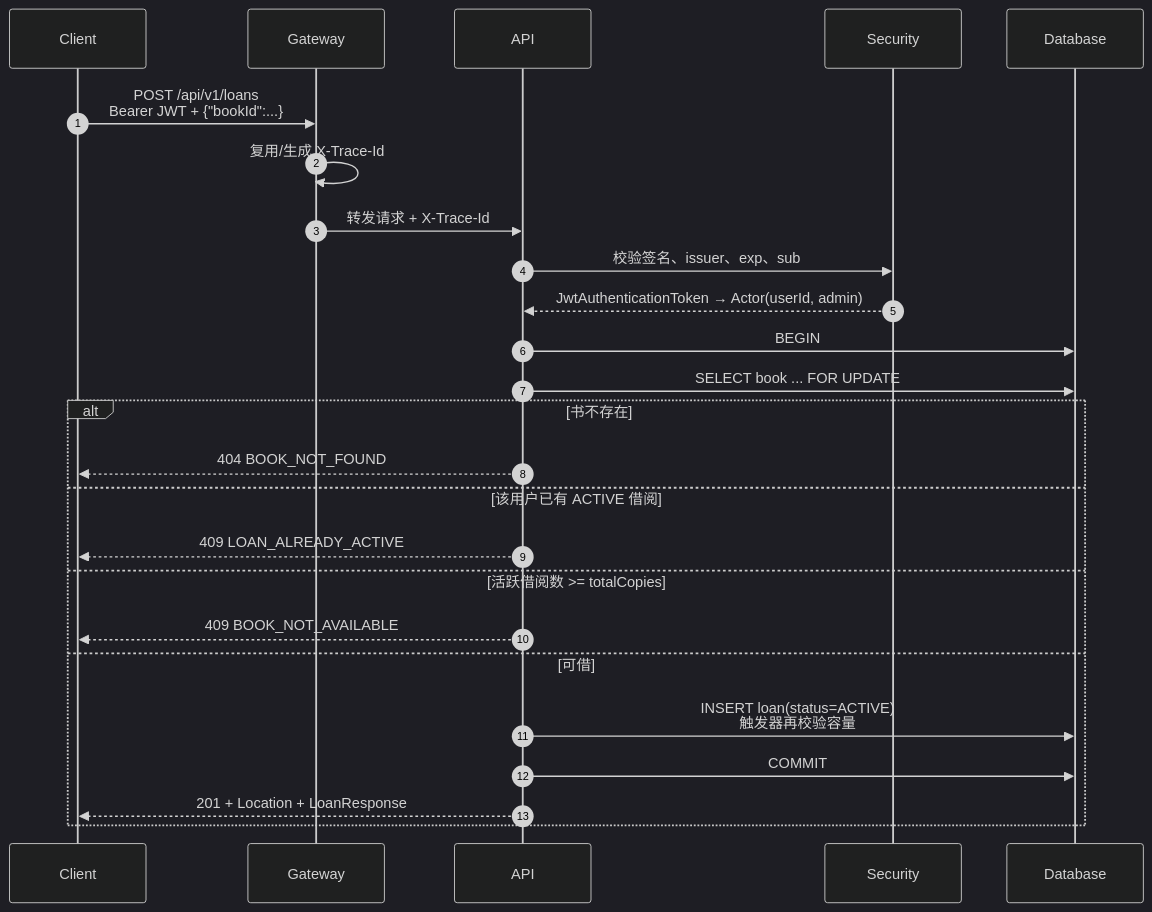
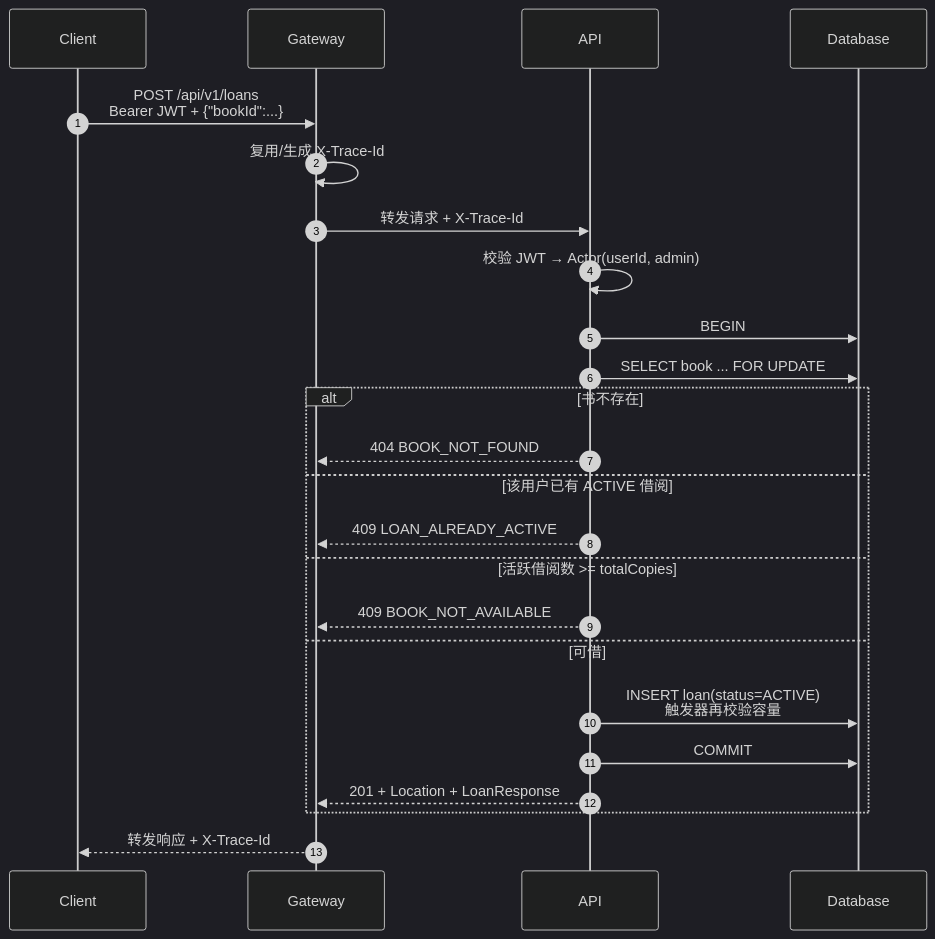
One commit to niefy/e-library changed the eighth of 9 diagrams in docs/architecture.md. Above: the diagram before and after it, drawn with Mermaid (dark theme). The commit also changed other lines of this file, not shown here.

````diff
--- a/docs/architecture.md
+++ b/docs/architecture.md
@@ -483,28 +437,27 @@
 ```mermaid
 sequenceDiagram
     autonumber
     participant C as Client
     participant G as Gateway
     participant A as API
-    participant S as Security
     participant DB as Database
 
     C->>G: POST /api/v1/loans<br/>Bearer JWT + {"bookId":...}
     G->>G: 复用/生成 X-Trace-Id
     G->>A: 转发请求 + X-Trace-Id
-    A->>S: 校验签名、issuer、exp、sub
-    S-->>A: JwtAuthenticationToken → Actor(userId, admin)
+    A->>A: 校验 JWT → Actor(userId, admin)
     A->>DB: BEGIN
     A->>DB: SELECT book ... FOR UPDATE
     alt 书不存在
-        A-->>C: 404 BOOK_NOT_FOUND
+        A-->>G: 404 BOOK_NOT_FOUND
     else 该用户已有 ACTIVE 借阅
-        A-->>C: 409 LOAN_ALREADY_ACTIVE
+        A-->>G: 409 LOAN_ALREADY_ACTIVE
     else 活跃借阅数 >= totalCopies
-        A-->>C: 409 BOOK_NOT_AVAILABLE
+        A-->>G: 409 BOOK_NOT_AVAILABLE
     else 可借
         A->>DB: INSERT loan(status=ACTIVE)<br/>触发器再校验容量
         A->>DB: COMMIT
-        A-->>C: 201 + Location + LoanResponse
+        A-->>G: 201 + Location + LoanResponse
     end
+    G-->>C: 转发响应 + X-Trace-Id
 ```
````
